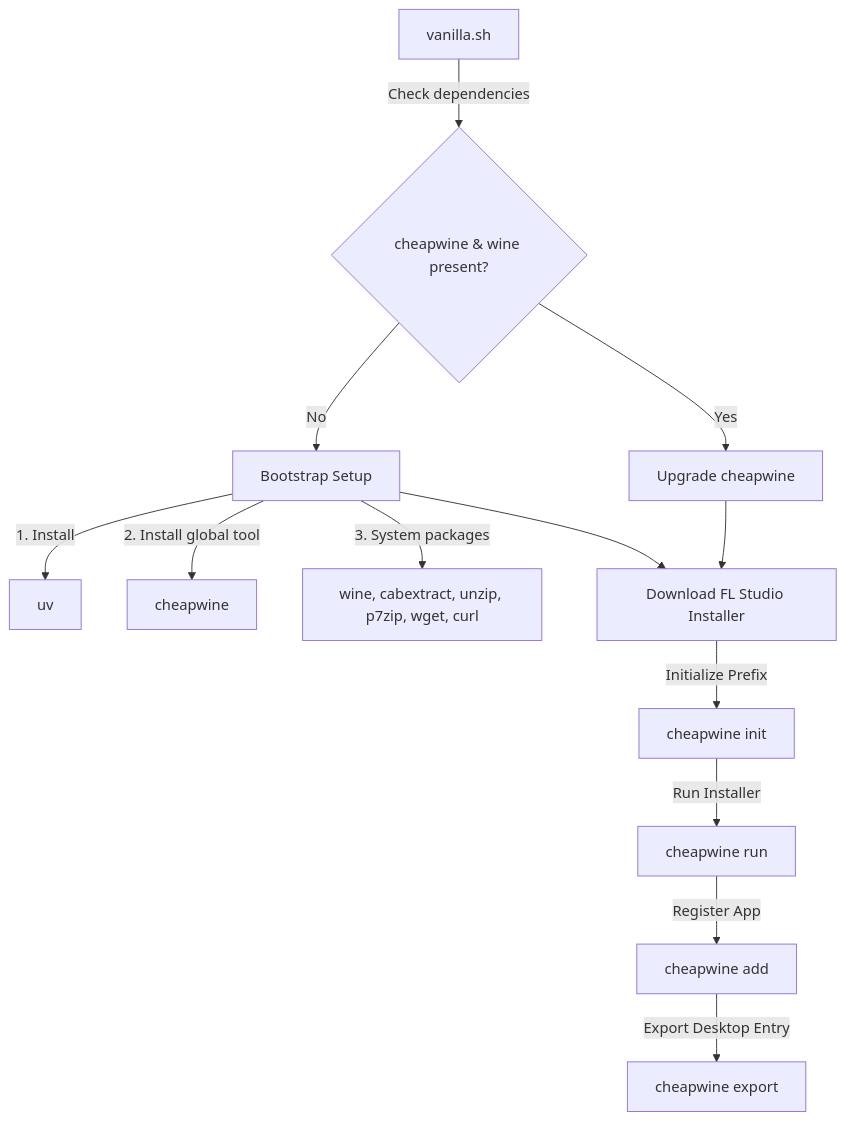
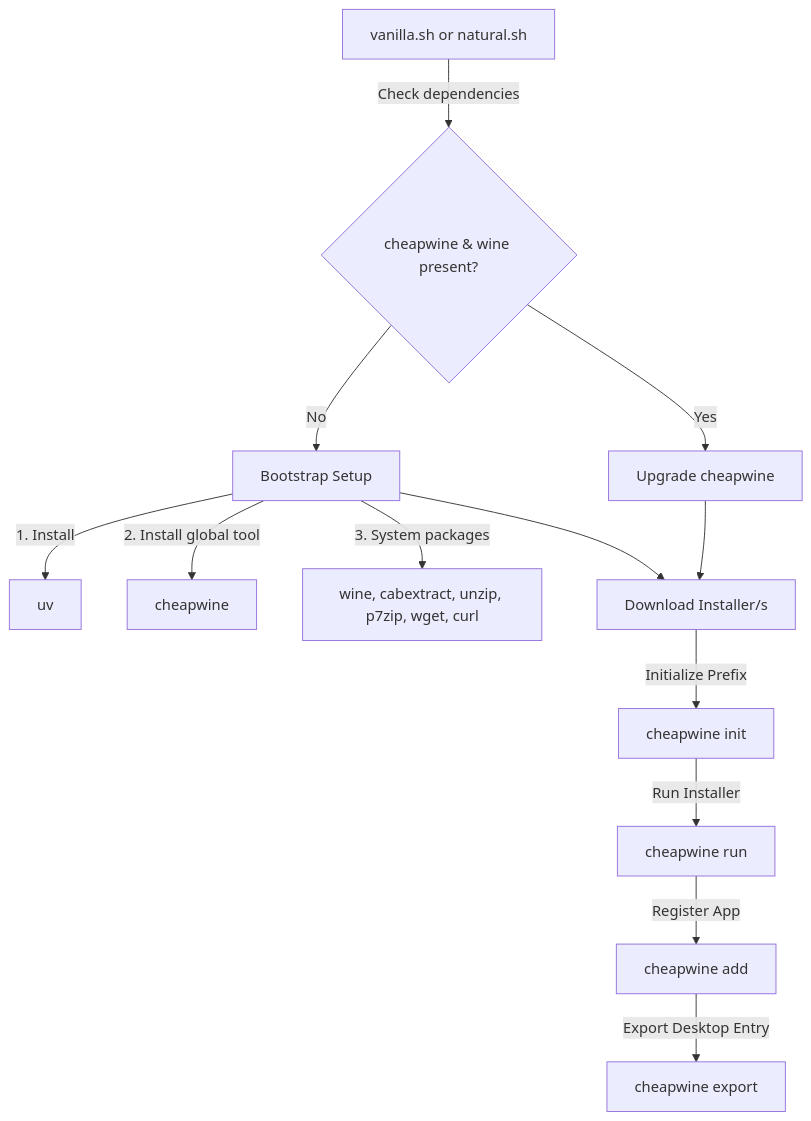
The diagram in README.md (HeapHeapHooray/getfruity), drawn with Mermaid before and after one commit. The commit also changed other lines of this file, not shown here.

Commit message:
docs: Update README with natural.sh flavor and Copycat plugin

````diff
--- a/README.md
+++ b/README.md
@@ -27,15 +27,15 @@
 ```mermaid
 graph TD
-    A[vanilla.sh] -->|Check dependencies| B{cheapwine & wine present?}
+    A[vanilla.sh or natural.sh] -->|Check dependencies| B{cheapwine & wine present?}
     B -->|No| C[Bootstrap Setup]
     C -->|1. Install| D[uv]
     C -->|2. Install global tool| E[cheapwine]
     C -->|3. System packages| F[wine, cabextract, unzip, p7zip, wget, curl]
     B -->|Yes| G[Upgrade cheapwine]
-    G --> H[Download FL Studio Installer]
+    G --> H[Download Installer/s]
     C --> H
     H -->|Initialize Prefix| I[cheapwine init]
     I -->|Run Installer| J[cheapwine run]
     J -->|Register App| K[cheapwine add]
     K -->|Export Desktop Entry| L[cheapwine export]
 ```
````
